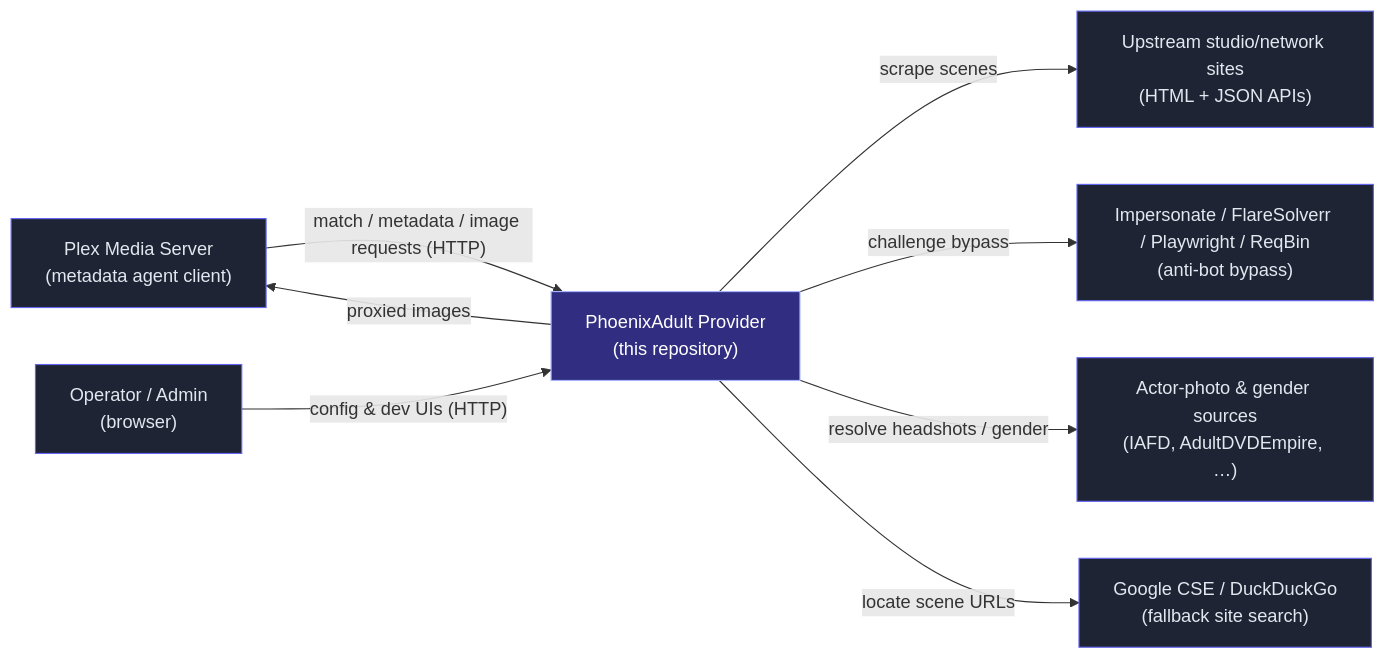
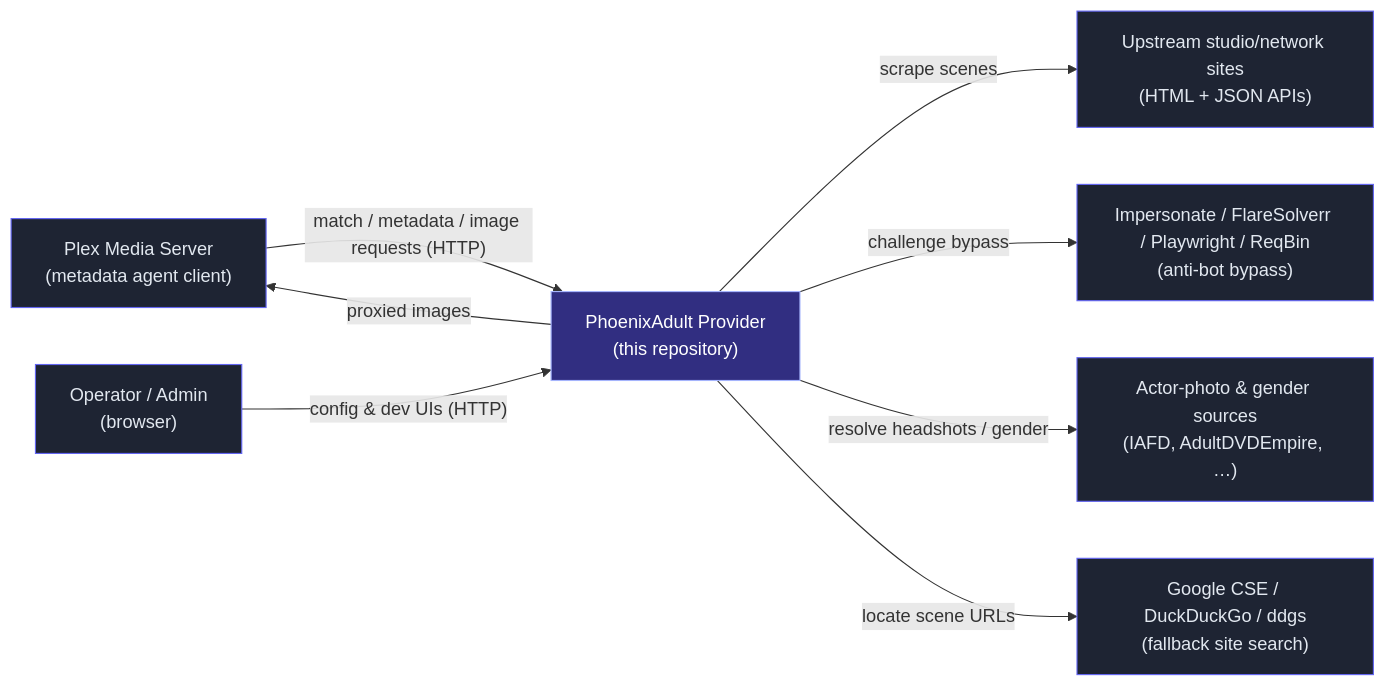
Before and after one commit to PhoenixAdultProvider/PhoenixAdult: the first of 21 diagrams in docs/DESIGN.md, drawn with Mermaid. The commit also changed 6 other files, not shown here.

First line of the commit message:
feat(search): ddgs metasearch as the final web-search fallback

````diff
--- a/docs/DESIGN.md
+++ b/docs/DESIGN.md
@@ -33,23 +33,23 @@
 ```mermaid
 flowchart LR
   classDef ext fill:#1e2433,stroke:#6366f1,color:#e2e8f0;
   classDef sys fill:#312e81,stroke:#a5b4fc,color:#fff;
 
   plex["Plex Media Server<br/>(metadata agent client)"]:::ext
   op["Operator / Admin<br/>(browser)"]:::ext
 
   sys["PhoenixAdult Provider<br/>(this repository)"]:::sys
 
   sites["Upstream studio/network sites<br/>(HTML + JSON APIs)"]:::ext
   flare["Impersonate / FlareSolverr / Playwright / ReqBin<br/>(anti-bot bypass)"]:::ext
   photos["Actor-photo & gender sources<br/>(IAFD, AdultDVDEmpire, …)"]:::ext
-  websearch["Google CSE / DuckDuckGo<br/>(fallback site search)"]:::ext
+  websearch["Google CSE / DuckDuckGo / ddgs<br/>(fallback site search)"]:::ext
 
   plex -- "match / metadata / image requests (HTTP)" --> sys
   op -- "config & dev UIs (HTTP)" --> sys
   sys -- "scrape scenes" --> sites
   sys -- "challenge bypass" --> flare
   sys -- "resolve headshots / gender" --> photos
   sys -- "locate scene URLs" --> websearch
   sys -- "proxied images" --> plex
 ```
````
